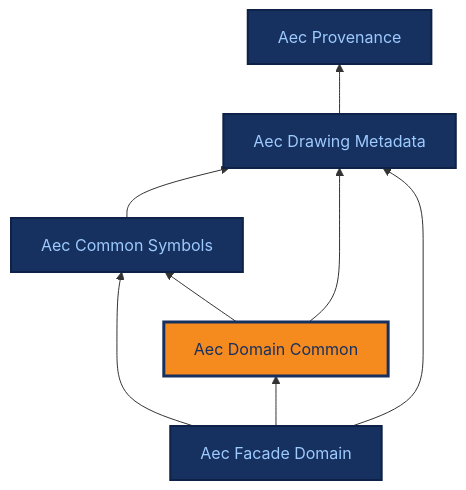
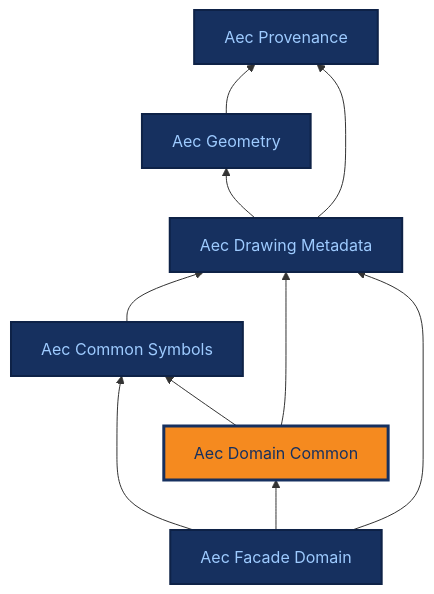
One commit to BuroHappoldMachineLearning/ADIRO changed the diagram in docs/ontologies/aec_domain_common.md. Above: the diagram before and after it, drawn with Mermaid. The commit also changed 24 other files, not shown here.

First line of the commit message:
feat(aec_geometry): new module - provenance-bearing BoundingBox + CoordinateFrame (#90)

````diff
--- a/docs/ontologies/aec_domain_common.md
+++ b/docs/ontologies/aec_domain_common.md
@@ -17,25 +17,29 @@
 ```mermaid
 %%{init: {"themeCSS": ".base .nodeLabel,.base .nodeLabel p,.base text,.base tspan{fill:#9ecbff !important;color:#9ecbff !important}.current .nodeLabel,.current .nodeLabel p,.current text,.current tspan{fill:#16305f !important;color:#16305f !important}"} }%%
 graph BT
     aec_provenance["Aec Provenance"]
+    aec_geometry["Aec Geometry"]
     aec_drawing_metadata["Aec Drawing Metadata"]
     aec_common_symbols["Aec Common Symbols"]
     aec_domain_common["Aec Domain Common"]
     aec_facade_domain["Aec Facade Domain"]
+    aec_geometry --> aec_provenance
+    aec_drawing_metadata --> aec_geometry
     aec_drawing_metadata --> aec_provenance
     aec_common_symbols --> aec_drawing_metadata
     aec_domain_common --> aec_common_symbols
     aec_domain_common --> aec_drawing_metadata
     aec_facade_domain --> aec_common_symbols
     aec_facade_domain --> aec_domain_common
     aec_facade_domain --> aec_drawing_metadata
     click aec_provenance "../aec_provenance/" "Aec Provenance reference page"
+    click aec_geometry "../aec_geometry/" "Aec Geometry reference page"
     click aec_drawing_metadata "../aec_drawing_metadata/" "Aec Drawing Metadata reference page"
     click aec_common_symbols "../aec_common_symbols/" "Aec Common Symbols reference page"
     click aec_domain_common "../aec_domain_common/" "Aec Domain Common reference page"
     click aec_facade_domain "../aec_facade_domain/" "Aec Facade Domain reference page"
     classDef base fill:#16305f,stroke:#0e2247,stroke-width:2px,color:#9ecbff;
-    class aec_provenance,aec_drawing_metadata,aec_common_symbols,aec_facade_domain base;
+    class aec_provenance,aec_geometry,aec_drawing_metadata,aec_common_symbols,aec_facade_domain base;
     classDef current fill:#f58a1f,stroke:#16305f,stroke-width:3px,color:#16305f;
     class aec_domain_common current;
 ```
````
